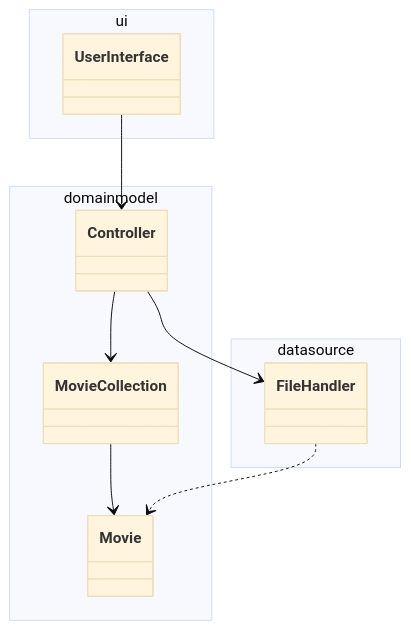
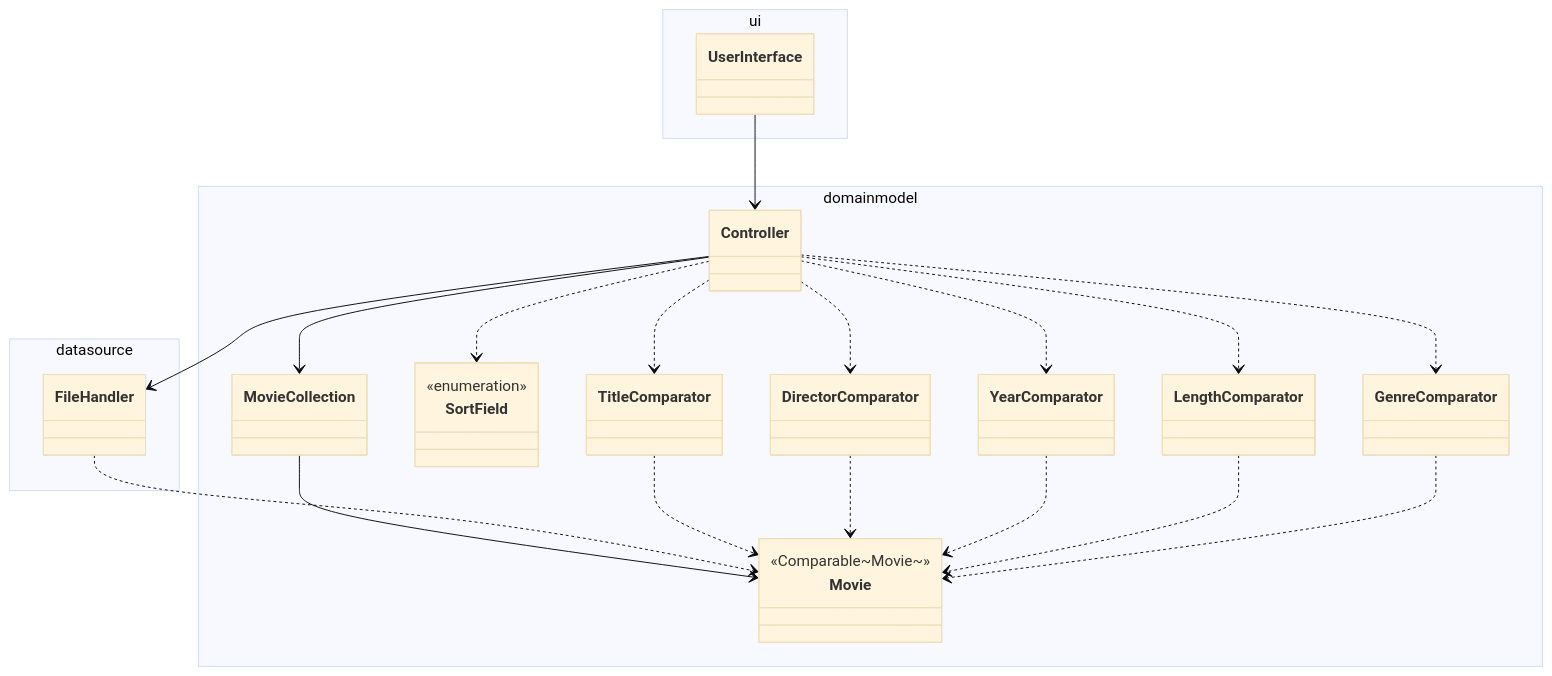
Before and after one commit to omar311004/Film-Samling: the diagram in docs/klassediagram.md, drawn with Mermaid (base theme). The commit also changed other lines of this file and 3 other files, not shown here.

````diff
--- a/docs/klassediagram.md
+++ b/docs/klassediagram.md
@@ -3,20 +6,49 @@
 ```mermaid
 classDiagram
     namespace ui {
         class UserInterface
     }
+
     namespace domainmodel {
         class Controller
         class MovieCollection
         class Movie
+        class SortField
+        class TitleComparator
+        class DirectorComparator
+        class YearComparator
+        class LengthComparator
+        class GenreComparator
     }
+
     namespace datasource {
         class FileHandler
+    }
+
+    class SortField {
+        <<enumeration>>
+    }
+
+    class Movie {
+        <<Comparable~Movie~>>
     }
 
     UserInterface --> Controller
     Controller --> MovieCollection
     MovieCollection --> Movie
     Controller --> FileHandler
     FileHandler ..> Movie
+
+    Controller ..> SortField
+    Controller ..> TitleComparator
+    Controller ..> DirectorComparator
+    Controller ..> YearComparator
+    Controller ..> LengthComparator
+    Controller ..> GenreComparator
+
+    TitleComparator ..> Movie
+    DirectorComparator ..> Movie
+    YearComparator ..> Movie
+    LengthComparator ..> Movie
+    GenreComparator ..> Movie
 ```
````
